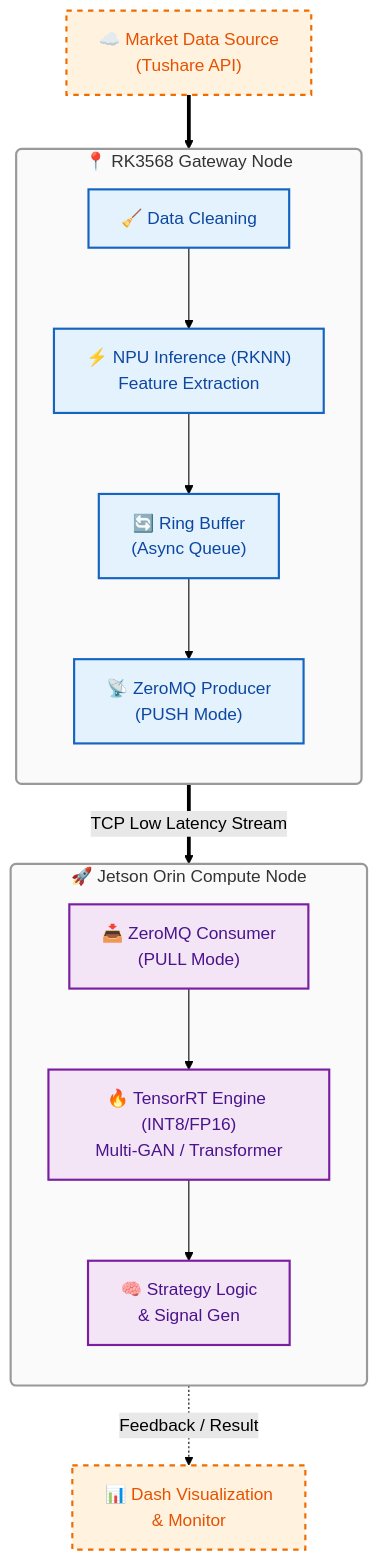
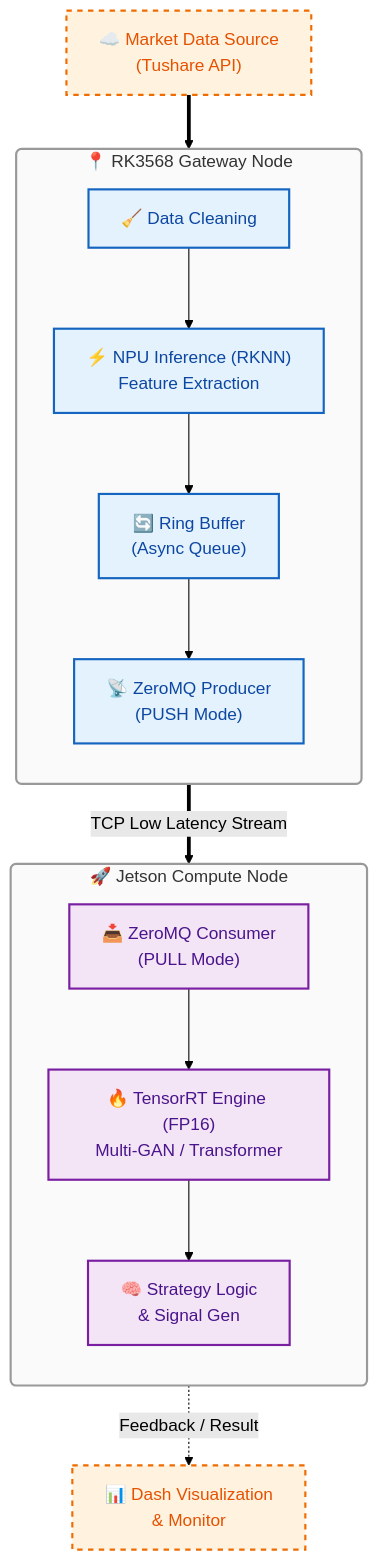
One commit to WNPPP0114/HEQIS changed the first of 2 diagrams in README.md. Above: the diagram before and after it, drawn with Mermaid (forest theme). The commit also changed other lines of this file, not shown here.

````diff
--- a/README.md
+++ b/README.md
@@ -6,51 +6,51 @@
 ```mermaid
 graph TD
     %% 全局样式设置
     classDef default fill:#fff,stroke:#333,stroke-width:1px,color:#000;
     classDef cluster fill:#fafafa,stroke:#999,stroke-width:2px,rx:5,ry:5;
     classDef gateway fill:#e3f2fd,stroke:#1565c0,stroke-width:2px,color:#0d47a1;
     classDef compute fill:#f3e5f5,stroke:#7b1fa2,stroke-width:2px,color:#4a148c;
     classDef external fill:#fff3e0,stroke:#ef6c00,stroke-width:2px,stroke-dasharray: 5 5,color:#e65100;
 
     %% 外部输入
     Input["☁️ Market Data Source<br/>(Tushare API)"]:::external
 
     %% RK3568 网关节点
     subgraph Gateway_Node ["📍 RK3568 Gateway Node"]
         direction TB
         Cleaner["🧹 Data Cleaning"]:::gateway
         NPU_Feat["⚡ NPU Inference (RKNN)<br/>Feature Extraction"]:::gateway
         RingBuf["🔄 Ring Buffer<br/>(Async Queue)"]:::gateway
         ZMQ_Push["📡 ZeroMQ Producer<br/>(PUSH Mode)"]:::gateway
     end
 
     %% Jetson 计算节点
-    subgraph Compute_Node ["🚀 Jetson Orin Compute Node"]
+    subgraph Compute_Node ["🚀 Jetson Compute Node"]
         direction TB
         ZMQ_Pull["📥 ZeroMQ Consumer<br/>(PULL Mode)"]:::compute
-        TRT_Eng["🔥 TensorRT Engine (INT8/FP16)<br/>Multi-GAN / Transformer"]:::compute
+        TRT_Eng["🔥 TensorRT Engine (FP16)<br/>Multi-GAN / Transformer"]:::compute
         Signal["🧠 Strategy Logic<br/>& Signal Gen"]:::compute
     end
 
     %% UI层
     UI["📊 Dash Visualization<br/>& Monitor"]:::external
 
     %% 连线逻辑
     Input ==> Cleaner
     Cleaner --> NPU_Feat
     NPU_Feat --> RingBuf
     RingBuf --> ZMQ_Push
 
     %% 跨设备通信
     ZMQ_Push == "TCP Low Latency Stream" ==> ZMQ_Pull
 
     %% 计算节点流程
     ZMQ_Pull --> TRT_Eng
     TRT_Eng --> Signal
 
     %% 结果回传
     Signal -.->|Feedback / Result| UI
 
     %% 应用样式
     class Gateway_Node,Compute_Node cluster;
 ```
````
